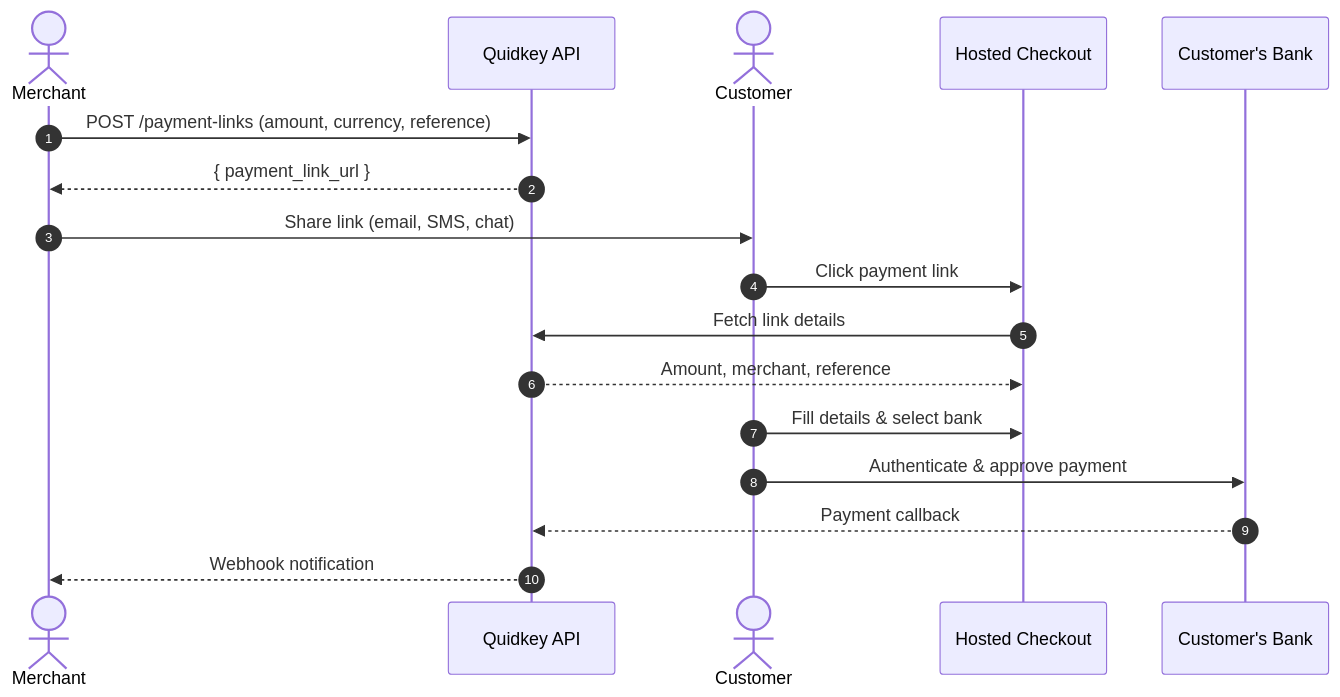
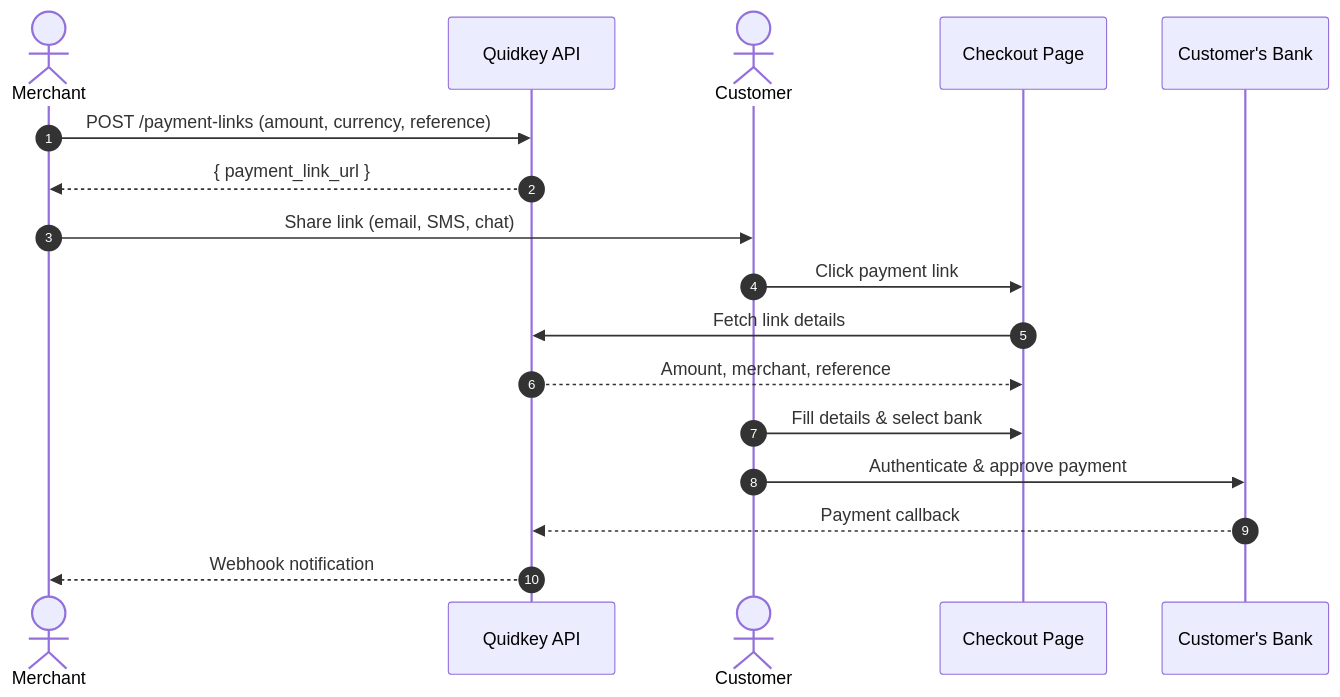
The diagram in guides/payment-links/overview.mdx (Banqzinc/docs), drawn with Mermaid before and after one commit. The commit also changed other lines of this file and 16 other files, not shown here.

````diff
--- a/guides/payment-links/overview.mdx
+++ b/guides/payment-links/overview.mdx
@@ -45,20 +49,20 @@
 ```mermaid
 sequenceDiagram
     autonumber
     actor Merchant
     participant API as Quidkey API
     actor Customer
-    participant Checkout as Hosted Checkout
+    participant Checkout as Checkout Page
     participant Bank as Customer's Bank
 
     Merchant->>API: POST /payment-links (amount, currency, reference)
     API-->>Merchant: { payment_link_url }
     Merchant->>Customer: Share link (email, SMS, chat)
     Customer->>Checkout: Click payment link
     Checkout->>API: Fetch link details
     API-->>Checkout: Amount, merchant, reference
     Customer->>Checkout: Fill details & select bank
     Customer->>Bank: Authenticate & approve payment
     Bank-->>API: Payment callback
     API-->>Merchant: Webhook notification
 ```
````
